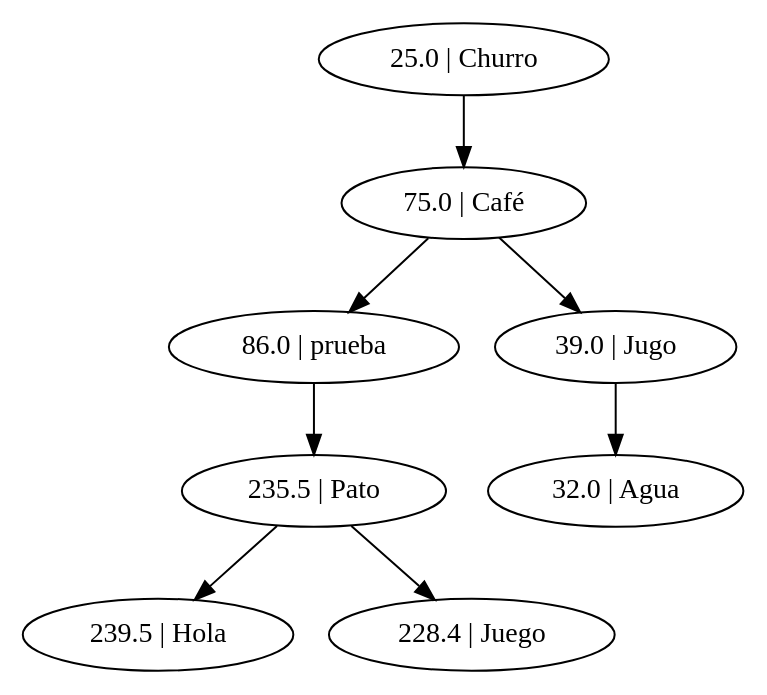
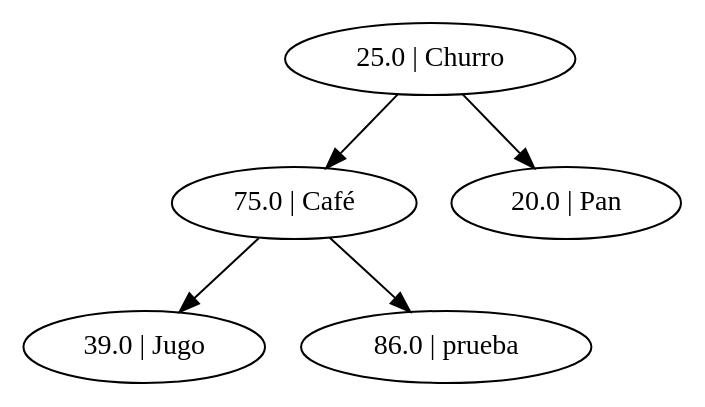
The diagram in Unidad I/PAC III 2019/Proyecto 1/Python/Memoria/test.dot (BryanBlacks/Algoritmos-y-Estructuras-de-Datos), drawn with Graphviz before and after one commit. The commit also changed 13 other files, not shown here.

```diff
--- a/Unidad I/PAC III 2019/Proyecto 1/Python/Memoria/test.dot
+++ b/Unidad I/PAC III 2019/Proyecto 1/Python/Memoria/test.dot
@@ -1,9 +1,6 @@
 strict digraph  {
-	"235.5 | Pato" -> "239.5 | Hola";
-	"235.5 | Pato" -> "228.4 | Juego";
-	"86.0 | prueba" -> "235.5 | Pato";
-	"39.0 | Jugo" -> "32.0 | Agua";
+	"75.0 | Café" -> "39.0 | Jugo";
 	"75.0 | Café" -> "86.0 | prueba";
-	"75.0 | Café" -> "39.0 | Jugo";
 	"25.0 | Churro" -> "75.0 | Café";
+	"25.0 | Churro" -> "20.0 | Pan";
 }
```
